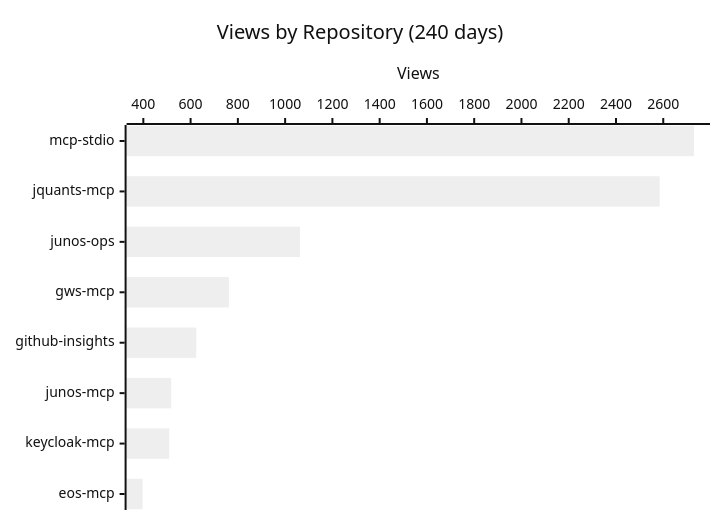
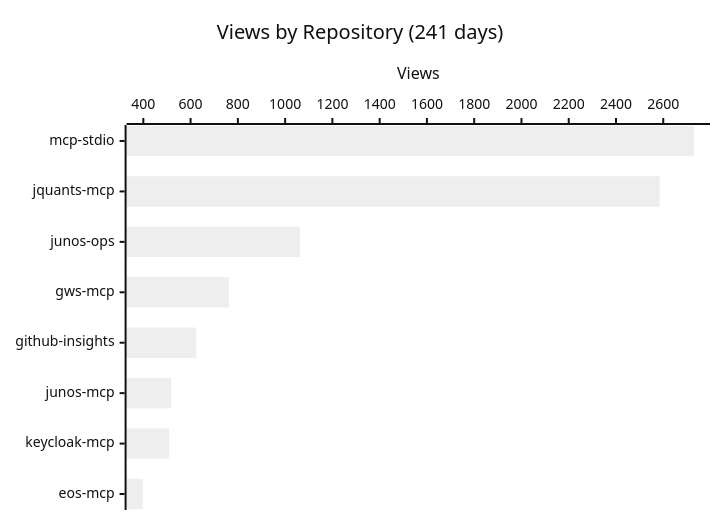
One commit to shigechika/github-insights changed the first of 4 diagrams in README.md. Above: the diagram before and after it, drawn with Mermaid (neutral theme). The commit also changed other lines of this file and 1 other file, not shown here.

````diff
--- a/README.md
+++ b/README.md
@@ -18,7 +18,7 @@
 ```mermaid
 xychart-beta horizontal
-    title "Views by Repository (240 days)"
+    title "Views by Repository (241 days)"
     x-axis ["mcp-stdio", "jquants-mcp", "junos-ops", "gws-mcp", "github-insights", "junos-mcp", "keycloak-mcp", "eos-mcp"]
     y-axis "Views"
     bar [2730, 2585, 1063, 762, 624, 518, 510, 397]
 ```
````
